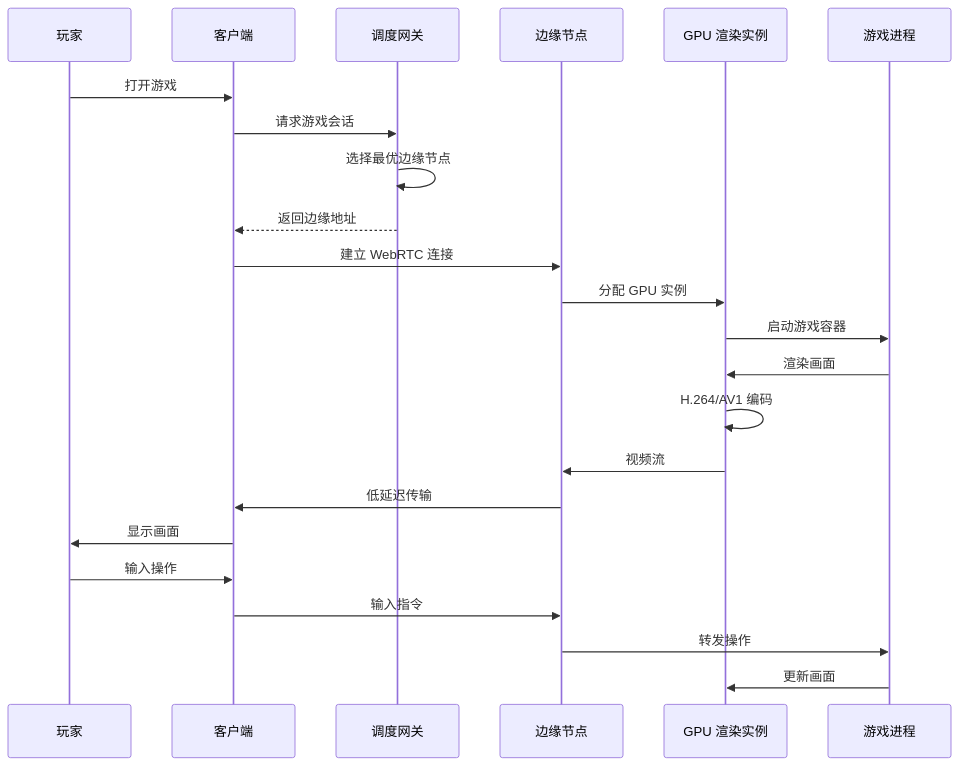
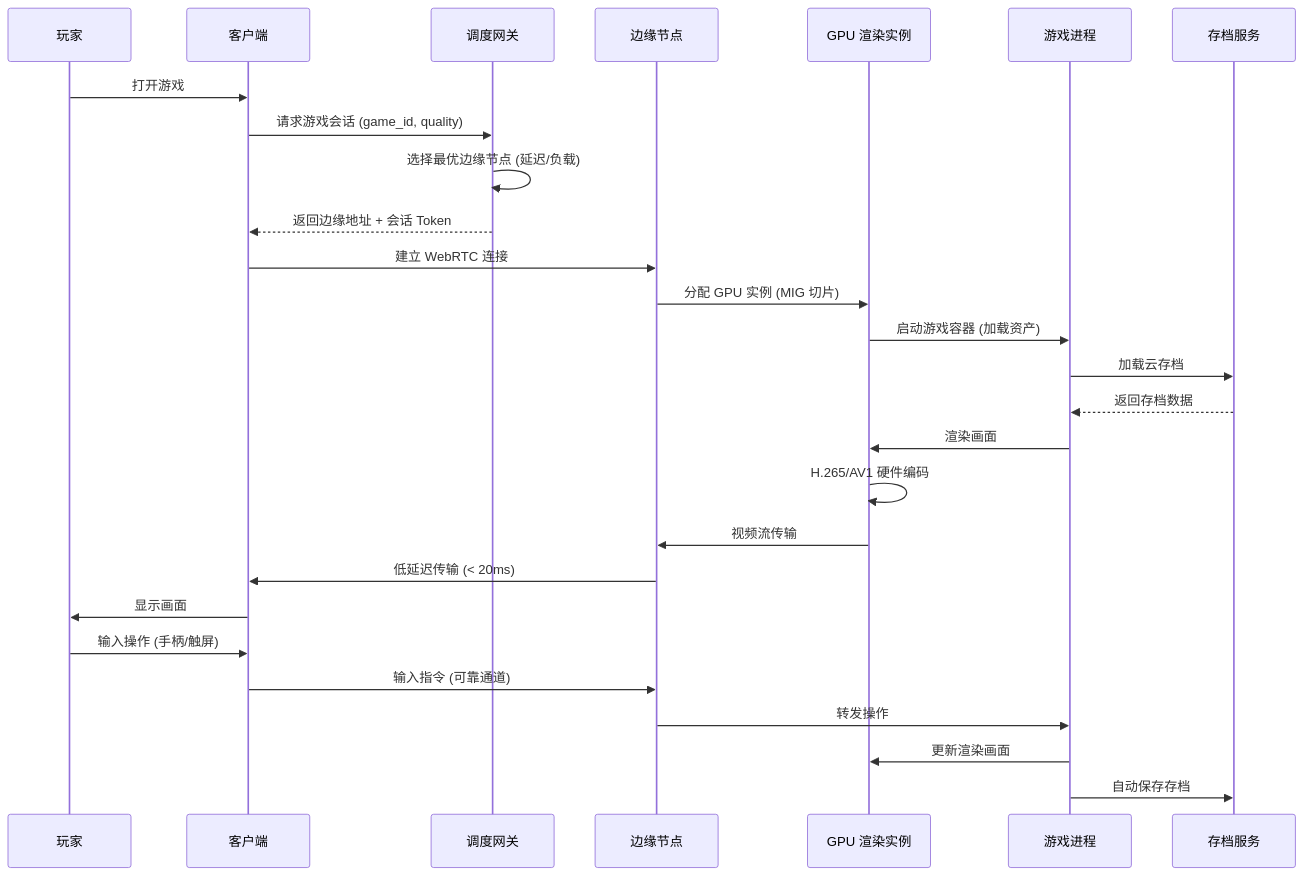
Before and after one commit to kudig-io/kudig-database: the second of 2 diagrams in topic-application-architecture/40-cloud-gaming.md, drawn with Mermaid. The commit also changed other lines of this file and 8633 other files, not shown here.

````diff
--- a/topic-application-architecture/40-cloud-gaming.md
+++ b/topic-application-architecture/40-cloud-gaming.md
@@ -87,26 +178,30 @@
 ```mermaid
 sequenceDiagram
     participant USER as 玩家
     participant CLIENT as 客户端
     participant GATE as 调度网关
     participant EDGE as 边缘节点
     participant GPU as GPU 渲染实例
     participant GAME as 游戏进程
+    participant SAVE as 存档服务
 
     USER->>CLIENT: 打开游戏
-    CLIENT->>GATE: 请求游戏会话
-    GATE->>GATE: 选择最优边缘节点
-    GATE-->>CLIENT: 返回边缘地址
+    CLIENT->>GATE: 请求游戏会话 (game_id, quality)
+    GATE->>GATE: 选择最优边缘节点 (延迟/负载)
+    GATE-->>CLIENT: 返回边缘地址 + 会话 Token
     CLIENT->>EDGE: 建立 WebRTC 连接
-    EDGE->>GPU: 分配 GPU 实例
-    GPU->>GAME: 启动游戏容器
+    EDGE->>GPU: 分配 GPU 实例 (MIG 切片)
+    GPU->>GAME: 启动游戏容器 (加载资产)
+    GAME->>SAVE: 加载云存档
+    SAVE-->>GAME: 返回存档数据
     GAME->>GPU: 渲染画面
-    GPU->>GPU: H.264/AV1 编码
-    GPU->>EDGE: 视频流
-    EDGE->>CLIENT: 低延迟传输
+    GPU->>GPU: H.265/AV1 硬件编码
+    GPU->>EDGE: 视频流传输
+    EDGE->>CLIENT: 低延迟传输 (< 20ms)
     CLIENT->>USER: 显示画面
-    USER->>CLIENT: 输入操作
-    CLIENT->>EDGE: 输入指令
+    USER->>CLIENT: 输入操作 (手柄/触屏)
+    CLIENT->>EDGE: 输入指令 (可靠通道)
     EDGE->>GAME: 转发操作
-    GAME->>GPU: 更新画面
+    GAME->>GPU: 更新渲染画面
+    GAME->>SAVE: 自动保存存档
 ```
````
